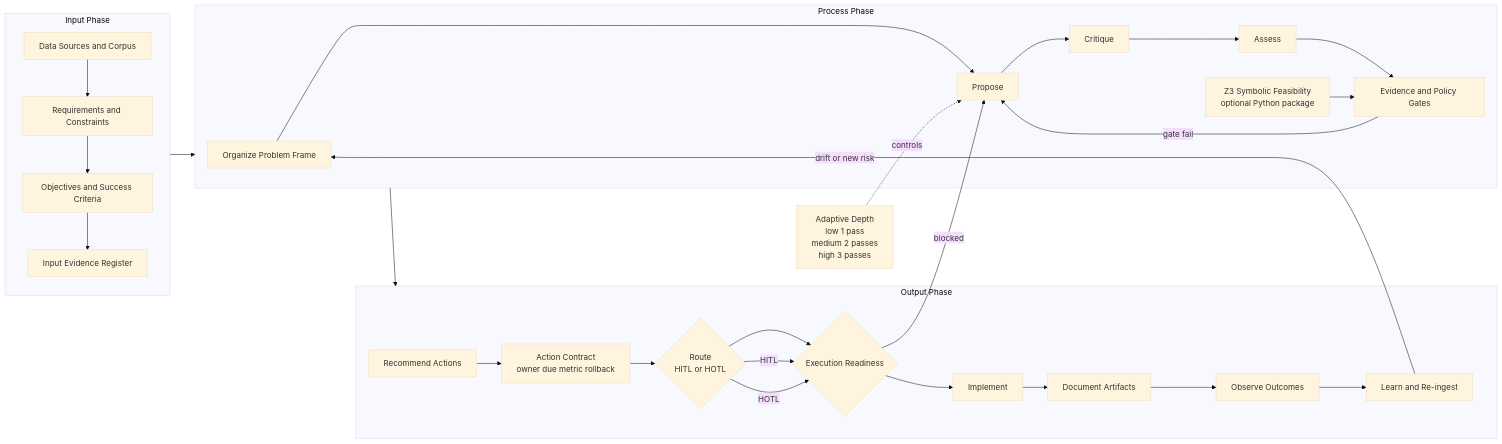
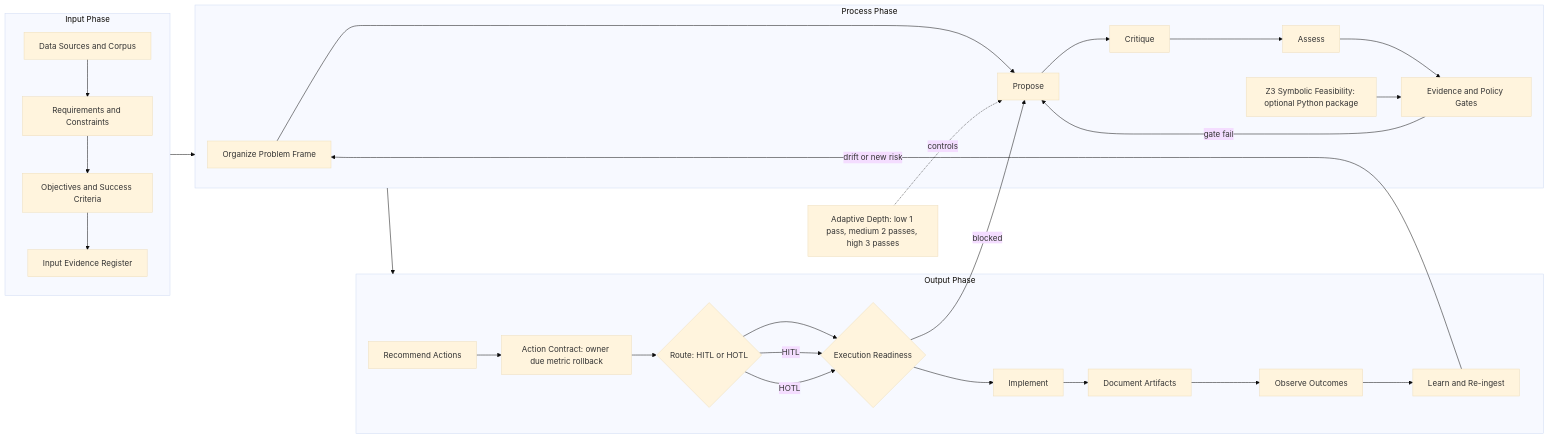
The diagram in docs/USE-CASES-PCA-Z3.md (woonweipong-hub/PCA), drawn with Mermaid (base theme) before and after one commit. The commit also changed 1 other file, not shown here.

Commit message:
fix: harden mermaid labels for github parser

````diff
--- a/docs/USE-CASES-PCA-Z3.md
+++ b/docs/USE-CASES-PCA-Z3.md
@@ -29,43 +29,43 @@
 ```mermaid
 flowchart LR
 	subgraph IN[Input Phase]
 		I1[Data Sources and Corpus]
 		I2[Requirements and Constraints]
 		I3[Objectives and Success Criteria]
 		I4[Input Evidence Register]
 		I1 --> I2 --> I3 --> I4
 	end
 
 	subgraph PR[Process Phase]
 		P1[Organize Problem Frame]
 		P2[Propose]
 		P3[Critique]
 		P4[Assess]
 		P5[Evidence and Policy Gates]
-		P6[Z3 Symbolic Feasibility<br/>optional Python package]
+		P6["Z3 Symbolic Feasibility: optional Python package"]
 		P1 --> P2 --> P3 --> P4 --> P5
 		P6 --> P5
 	end
 
 	subgraph OUT[Output Phase]
 		O1[Recommend Actions]
-		O2[Action Contract<br/>owner due metric rollback]
-		O3{Route<br/>HITL or HOTL}
+		O2["Action Contract: owner due metric rollback"]
+		O3{"Route: HITL or HOTL"}
 		O4{Execution Readiness}
 		O5[Implement]
 		O6[Document Artifacts]
 		O7[Observe Outcomes]
 		O8[Learn and Re-ingest]
 		O1 --> O2 --> O3 --> O4 --> O5 --> O6 --> O7 --> O8
 	end
 
 	IN --> PR --> OUT
 	P5 -- gate fail --> P2
 	O3 -- HITL --> O4
 	O3 -- HOTL --> O4
 	O4 -- blocked --> P2
 	O8 -- drift or new risk --> P1
 
-	AD[Adaptive Depth<br/>low 1 pass<br/>medium 2 passes<br/>high 3 passes]
+	AD["Adaptive Depth: low 1 pass, medium 2 passes, high 3 passes"]
 	AD -. controls .-> P2
 ```
````
